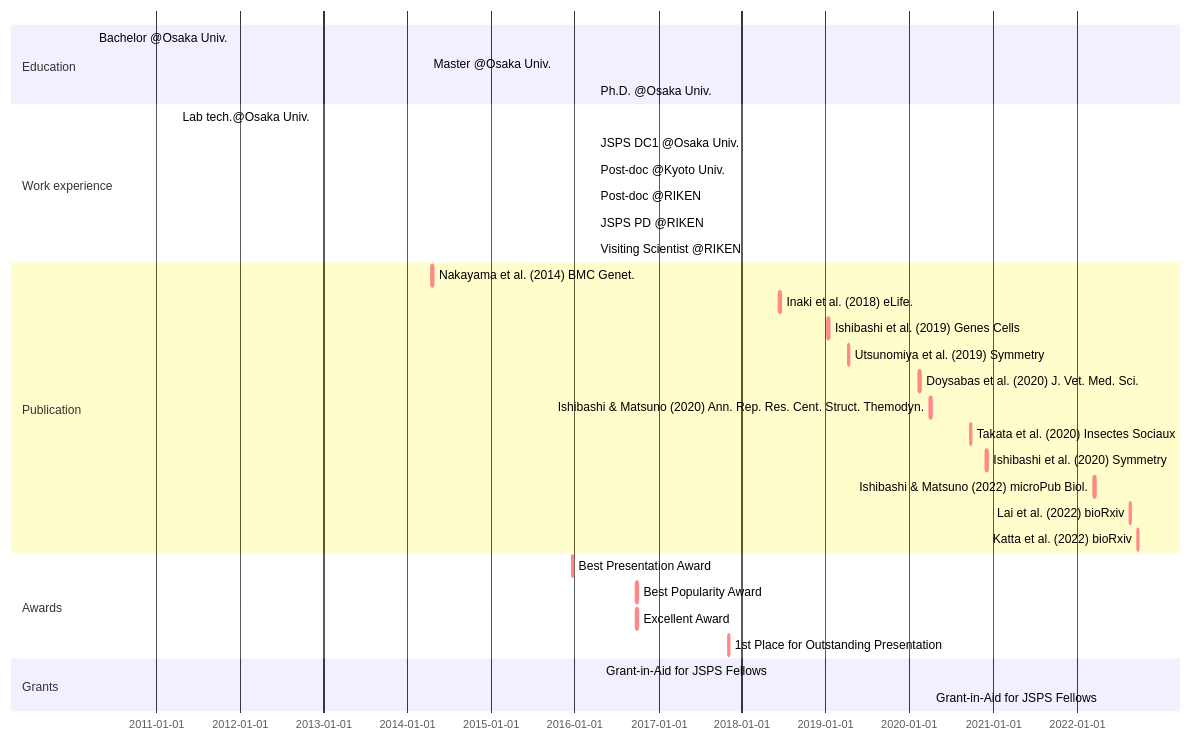
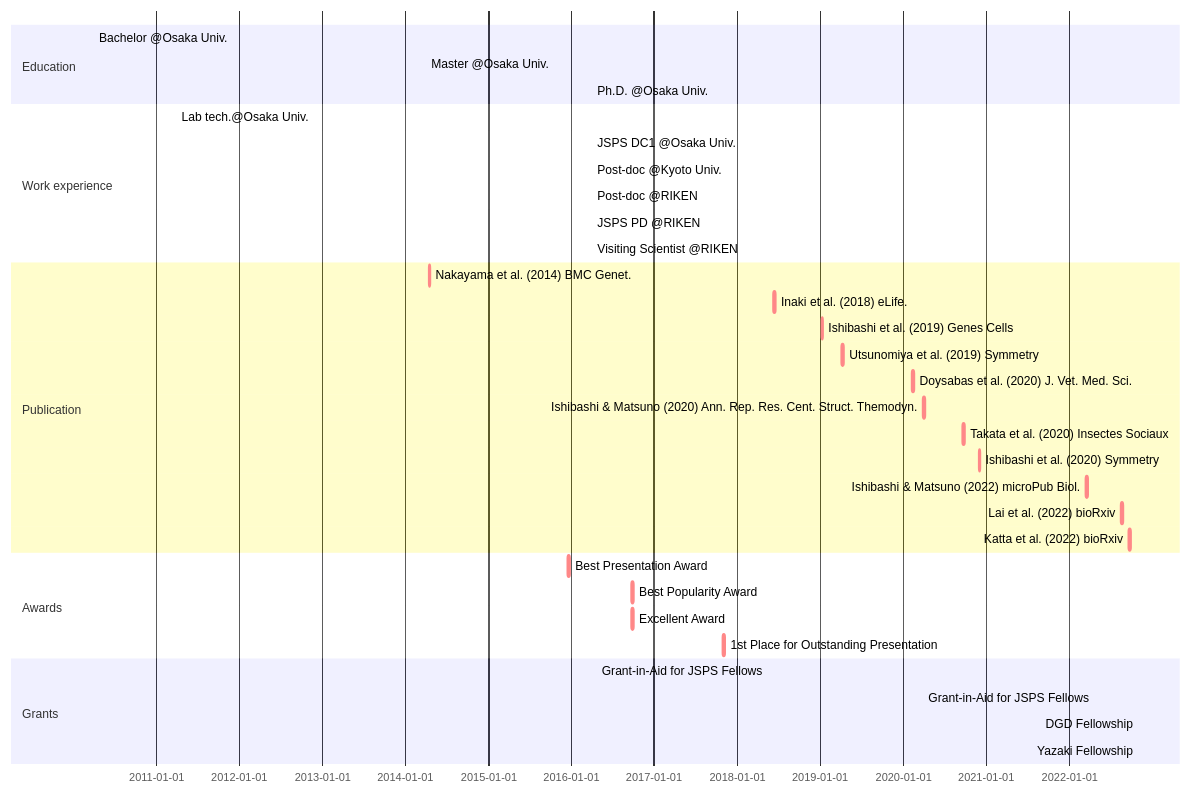
The diagram in _includes/mermaid-cv.md (ishibaki/ishibaki.github.io), drawn with Mermaid before and after one commit.

````diff
--- a/_includes/mermaid-cv.md
+++ b/_includes/mermaid-cv.md
@@ -1,34 +1,36 @@
 ```mermaid
 gantt
 section Education
   Bachelor @Osaka Univ. : BS, 2010-04-01, 2014-03-25
   Master @Osaka Univ.   : MS, 2014-04-01, 2016-03-28
   Ph.D. @Osaka Univ.    : Ph.D., 2016-04-01, 2019-03-25
 section Work experience
   Lab tech.@Osaka Univ.     : done, OU-tech, 2011-04-01, 2012-03-31
   JSPS DC1 @Osaka Univ.     : done, DC1, 2016-04-01, 2019-03-31
   Post-doc @Kyoto Univ.     : done, KU-postdoc, after DC1, 2021-04-30
   Post-doc @RIKEN           : done, RIKEN-postdoc, after KU-postdoc, 2022-03-31
   JSPS PD @RIKEN            : active, PD, after RIKEN-postdoc, 2025-03-31
   Visiting Scientist @RIKEN : active, PD, after RIKEN-postdoc, 2025-03-31
 section Publication
   Nakayama et al. (2014) BMC Genet.         : crit, nakayama2014, 2014-04-16, 1w
   Inaki et al. (2018) eLife.                : crit, inaki2018, 2018-06-12, 1w
   Ishibashi et al. (2019) Genes Cells       : crit, ishibashi2019, 2019-01-09, 1w
   Utsunomiya et al. (2019) Symmetry         : crit, utsunomiya2019, 2019-04-08, 1w
   Doysabas et al. (2020) J. Vet. Med. Sci.  : crit, doysabas2020, 2020-02-12, 1w
   Ishibashi & Matsuno (2020) Ann. Rep. Res. Cent. Struct. Themodyn. : crit, ishibashi2020a, 2020-04-01, 1w
   Takata et al. (2020) Insectes Sociaux     : crit, takata2020, 2020-09-22, 1w
   Ishibashi et al. (2020) Symmetry          : crit, ishibashi2020b, 2020-12-02, 1w
   Ishibashi & Matsuno (2022) microPub Biol. : crit, ishibashi2022, 2022-03-18, 1w
   Lai et al. (2022) bioRxiv                 : crit, Lai2022, 2022-08-20, 1w
   Katta et al. (2022) bioRxiv               : crit, Katta2022, 2022-09-22, 1w
 section Awards
   Best Presentation Award                : crit, aw_1, 2015-12-20, 1w
   Best Popularity Award                  : crit, aw_2, 2016-09-25, 1w
   Excellent Award                        : crit, aw_3, 2016-09-25, 1w
   1st Place for Outstanding Presentation : crit, aw_4, 2017-11-01, 1w
 section Grants
   Grant-in-Aid for JSPS Fellows : done, grant_DC1, 2016-04-22, 2019-03-31
   Grant-in-Aid for JSPS Fellows : active, grant_PD, 2022-04-22, 2025-03-31
+  DGD Fellowship:                 crit, dgd_fellowship, 2022-11-04, 2022-11-12
+  Yazaki Fellowship:              crit, yazaki_fellowship, 2022-11-04, 2022-11-12
 ```
````
